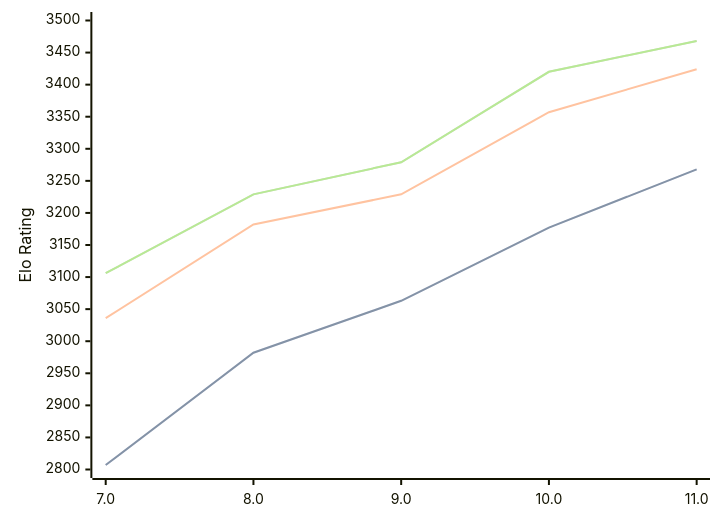
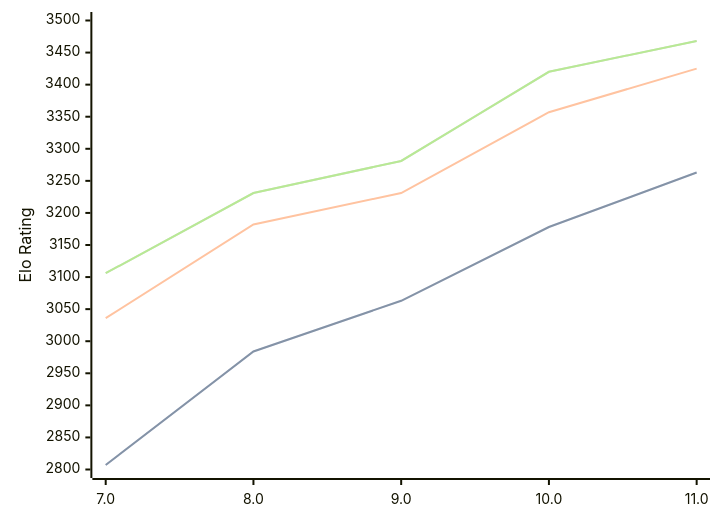
One commit to computer-chess-index/cci changed the diagram in engines/Tcheran.md. Above: the diagram before and after it, drawn with Mermaid. The commit also changed other lines of this file, not shown here.

Commit message:
Update CCI Ratings (ELO VLTC) - 2026-02-15

````diff
--- a/engines/Tcheran.md
+++ b/engines/Tcheran.md
@@ -46,11 +46,11 @@
 ```mermaid
 %%{init: {"theme":"base","themeVariables":{"seriesColors:['#a3a3a3','#222221','#faa371']}}}%%
 xychart-beta
   x-axis ["7.0", "8.0", "9.0", "10.0", "11.0"]
   y-axis "Elo Rating" 2800 --> 3500
-  line "STC (8.0+0.08s)" [2807, 2982, 3063, 3177, 3268]
-  line "STC (8.0+0.08s)" [2807, 2982, 3063, 3177, 3268]
-  line "LTC (60.0+0.60s)" [3036, 3182, 3229, 3357, 3424]
-  line "VLTC (2m24s+1.12s)" [3106, 3229, 3279, 3420, 3468]
-  line "VLTC (2m24s+1.12s)" [3106, 3229, 3279, 3420, 3468]
+  line "STC (8.0+0.08s)" [2807, 2984, 3063, 3178, 3263]
+  line "STC (8.0+0.08s)" [2807, 2984, 3063, 3178, 3263]
+  line "LTC (60.0+0.60s)" [3036, 3182, 3231, 3357, 3425]
+  line "VLTC (2m24s+1.12s)" [3106, 3231, 3281, 3420, 3468]
+  line "VLTC (2m24s+1.12s)" [3106, 3231, 3281, 3420, 3468]
 ```
````
